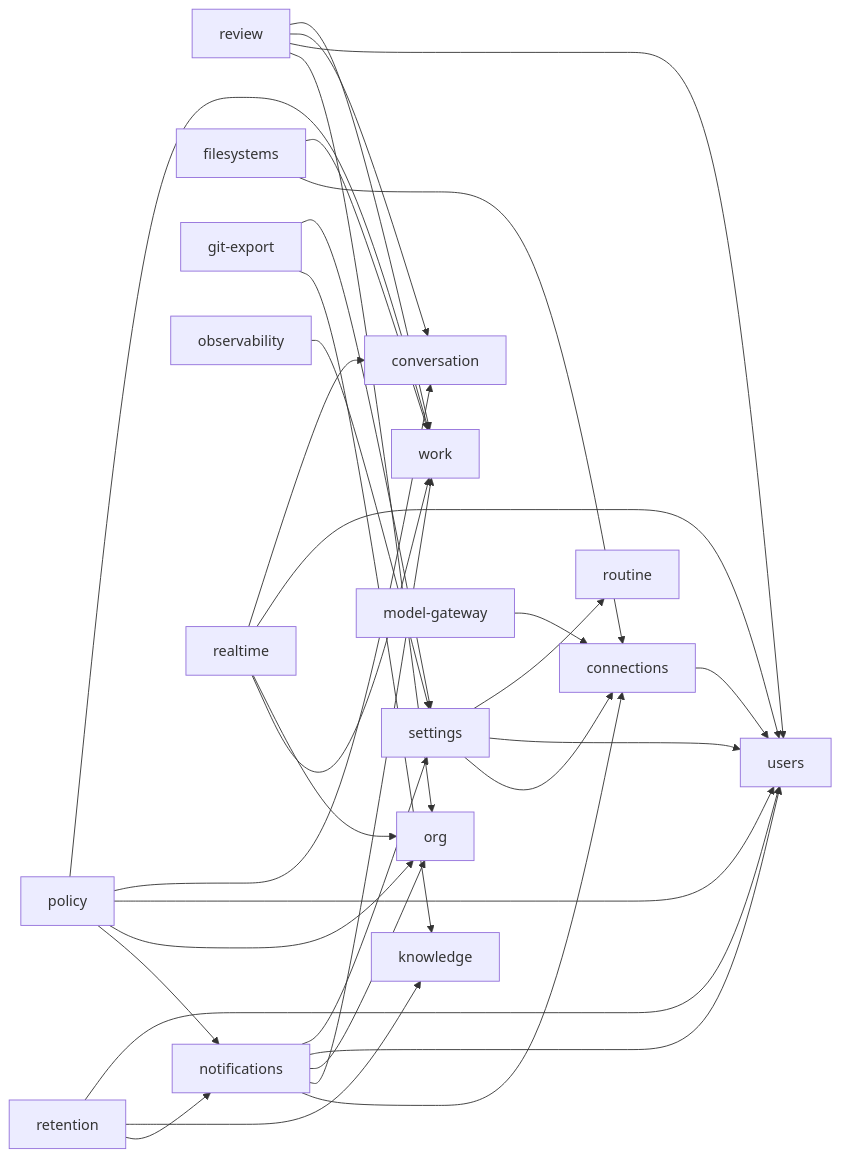
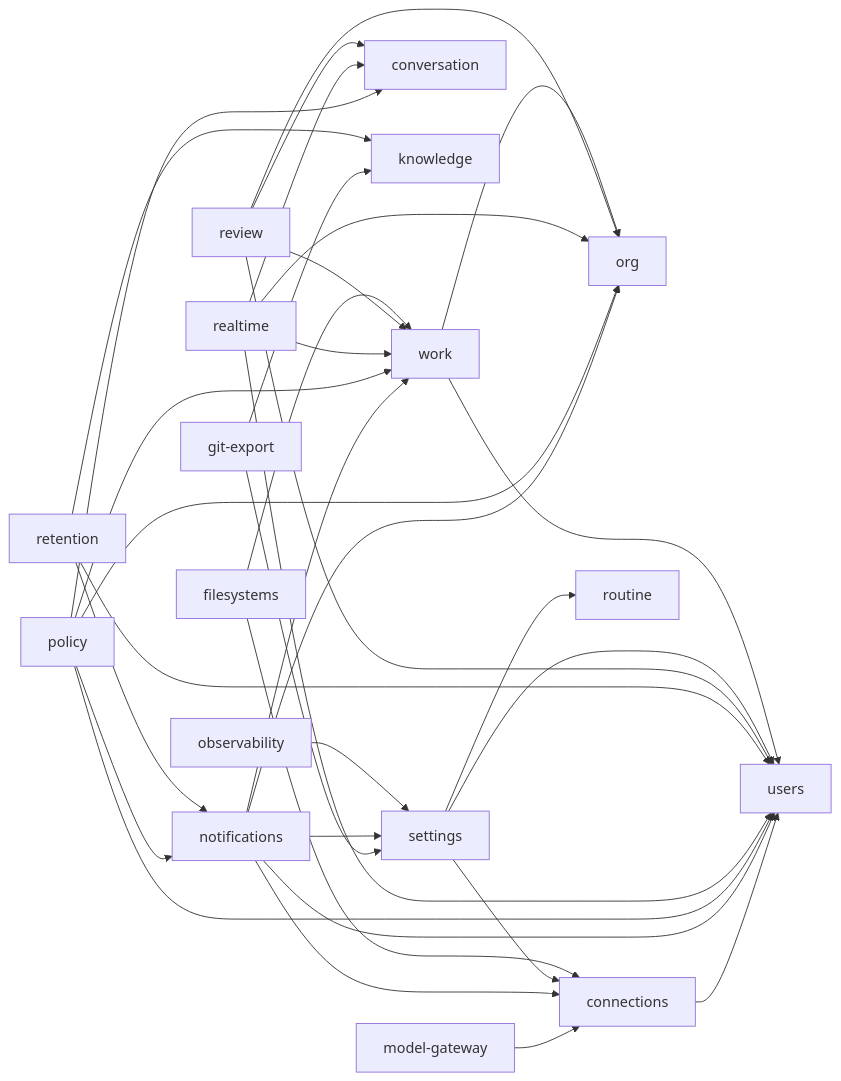
One commit to idle-builders/hyperidle changed the second of 4 diagrams in plans/AU19/as-is-dependency-graph.md. Above: the diagram before and after it, drawn with Mermaid. The commit also changed other lines of this file, not shown here.

First line of the commit message:
AU19: fix dependency graph — work's 5 outbound ports were entirely missing

````diff
--- a/plans/AU19/as-is-dependency-graph.md
+++ b/plans/AU19/as-is-dependency-graph.md
@@ -232,40 +255,42 @@
 ```mermaid
 flowchart LR
   work["work"]; org["org"]; users["users"]; conversation["conversation"]
   knowledge["knowledge"]; review["review"]; settings["settings"]; notifications["notifications"]
   connections["connections"]; routine["routine"]; filesystems["filesystems"]; policy["policy"]
   gitexport["git-export"]; modelgateway["model-gateway"]; observability["observability"]
   realtime["realtime"]; retention["retention"]
 
   connections --> users
   gitexport --> settings
   gitexport --> knowledge
   modelgateway --> connections
   notifications --> settings
   notifications --> users
   notifications --> org
   notifications --> work
   notifications --> connections
   observability --> settings
   policy --> work
   policy --> conversation
   policy --> users
   policy --> org
   policy --> notifications
   realtime --> conversation
   realtime --> users
   realtime --> org
   realtime --> work
   retention --> users
   retention --> knowledge
   retention --> notifications
   review --> work
   review --> conversation
   review --> users
   review --> org
   settings --> routine
   settings --> users
   settings --> connections
   filesystems --> work
   filesystems --> connections
+  work --> org
+  work --> users
 ```
````
